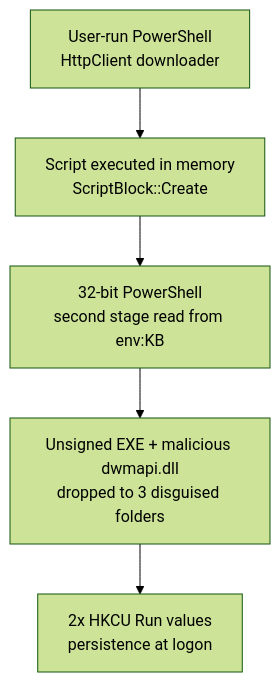
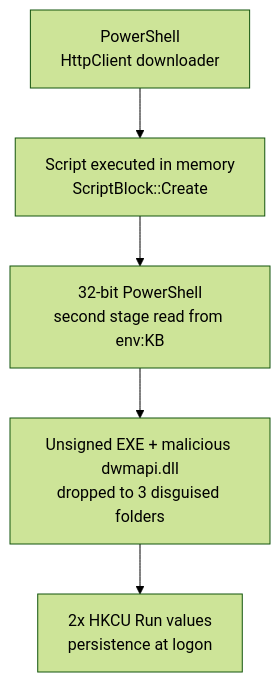
Before and after one commit to SquishyEyeballs/squishyeyeballs.github.io: the diagram in _posts/2026-10-12-clickfix-winlnk-incident-report.md, drawn with Mermaid (forest theme). The commit also changed other lines of this file, not shown here.

````diff
--- a/_posts/2026-10-12-clickfix-winlnk-incident-report.md
+++ b/_posts/2026-10-12-clickfix-winlnk-incident-report.md
@@ -61,7 +61,7 @@
 ```mermaid
 flowchart TD
-    A["User-run PowerShell<br/>HttpClient downloader"] --> B["Script executed in memory<br/>ScriptBlock::Create"]
+    A["PowerShell<br/>HttpClient downloader"] --> B["Script executed in memory<br/>ScriptBlock::Create"]
     B --> C["32-bit PowerShell<br/>second stage read from env:KB"]
     C --> D["Unsigned EXE + malicious dwmapi.dll<br/>dropped to 3 disguised folders"]
     D --> E["2x HKCU Run values<br/>persistence at logon"]
 ```
````
